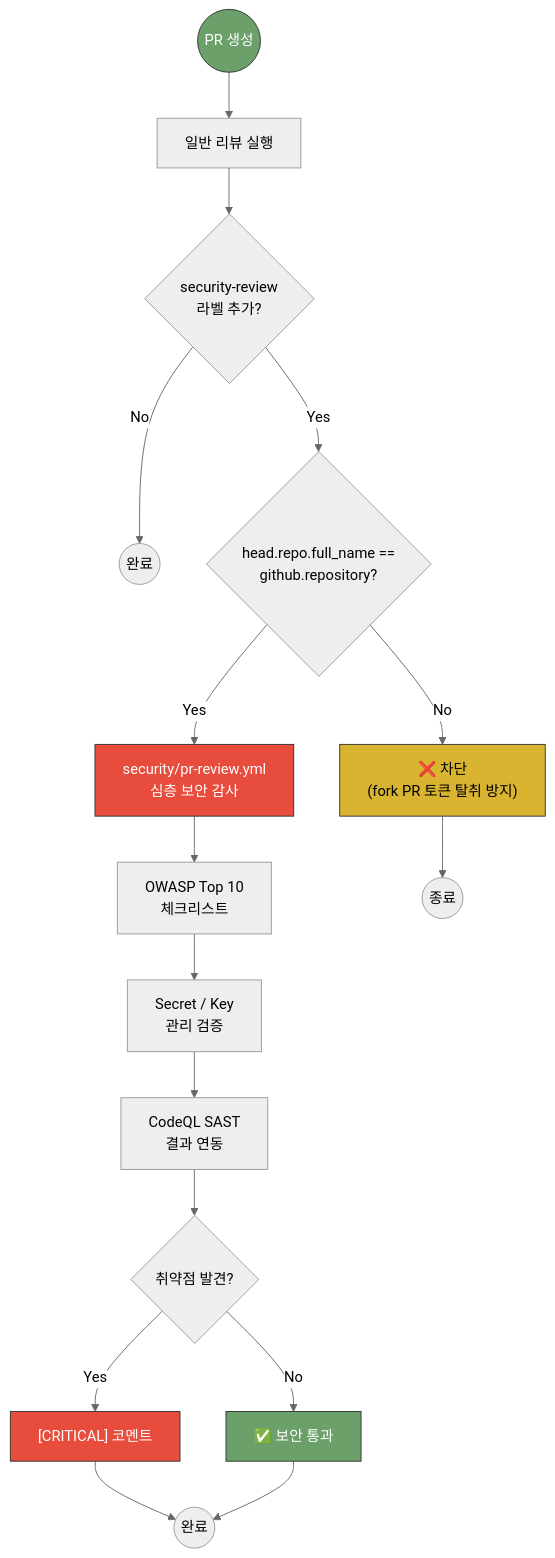
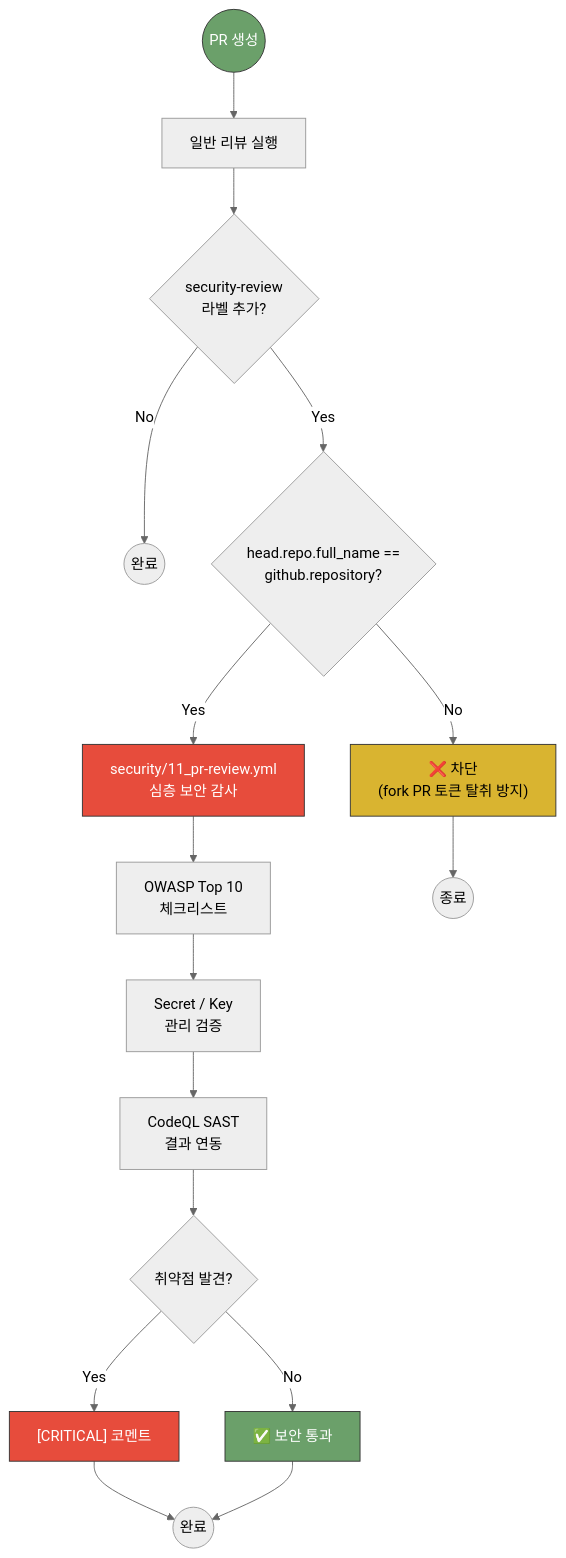
The eighth of 10 diagrams in docs/architecture.md (jclee941/.github), drawn with Mermaid (neutral theme) before and after one commit. The commit also changed other lines of this file and 2 other files, not shown here.

Commit message:
docs: update stale security workflow path to NN_ convention
After the security review workflow was renamed to security/11_pr-review.yml, several docs still referenced the old security/pr-review.yml and the never-existing security/10_pr-review.yml. Update AGENTS.md, architecture.md and git-workflow-gap-analysis.md to the actual path. The deploy-to-repos removedWorkflows entry keeps the old name intentionally (it deletes the pre-rename file downstream).

````diff
--- a/docs/architecture.md
+++ b/docs/architecture.md
@@ -362,29 +362,29 @@
 ```mermaid
 flowchart TD
     START(("PR 생성")) --> NORMAL["일반 리뷰 실행"]
     
     NORMAL --> LABEL{"security-review<br/>라벨 추가?"}
     LABEL -->|No| END1(("완료"))
     LABEL -->|Yes| GUARD{"head.repo.full_name ==<br/>github.repository?"}
     
     GUARD -->|No| BLOCK["❌ 차단<br/>(fork PR 토큰 탈취 방지)"]
-    GUARD -->|Yes| SECURE["security/pr-review.yml<br/>심층 보안 감사"]
+    GUARD -->|Yes| SECURE["security/11_pr-review.yml<br/>심층 보안 감사"]
     
     SECURE --> OWASP["OWASP Top 10<br/>체크리스트"]
     OWASP --> SECRET["Secret / Key<br/>관리 검증"]
     SECRET --> SAST["CodeQL SAST<br/>결과 연동"]
     
     SAST --> FINDING{"취약점 발견?"}
     FINDING -->|Yes| CRIT["[CRITICAL] 코멘트"]
     FINDING -->|No| SAFE["✅ 보안 통과"]
     
     CRIT --> END2(("완료"))
     SAFE --> END2
     BLOCK --> END3(("종료"))
     
     style START fill:#6ba06a,stroke:#333,color:#fff
     style SECURE fill:#e74c3c,stroke:#333,color:#fff
     style BLOCK fill:#d9b430,stroke:#333,color:#000
     style SAFE fill:#6ba06a,stroke:#333,color:#fff
     style CRIT fill:#e74c3c,stroke:#333,color:#fff
 ```
````
